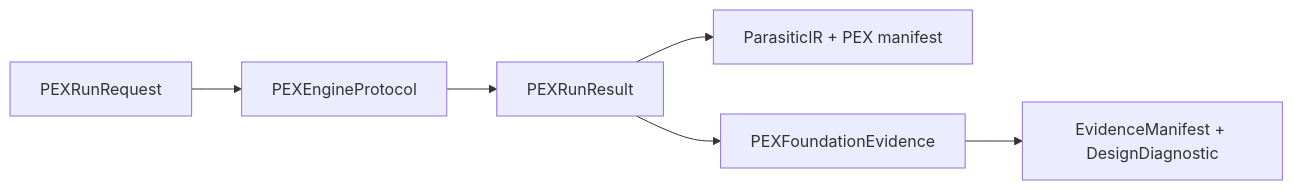
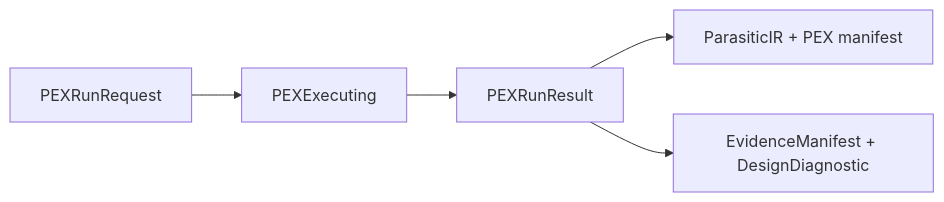
One commit to 1amageek/PEXEngine changed the diagram in README.md. Above: the diagram before and after it, drawn with Mermaid. The commit also changed other lines of this file and 41 other files, not shown here.

````diff
--- a/README.md
+++ b/README.md
@@ -11,8 +11,7 @@
 ```mermaid
 flowchart LR
-    Request["PEXRunRequest"] --> Engine["PEXEngineProtocol"]
+    Request["PEXRunRequest"] --> Engine["PEXExecuting"]
     Engine --> Result["PEXRunResult"]
     Result --> Domain["ParasiticIR + PEX manifest"]
-    Result --> Boundary["PEXFoundationEvidence"]
-    Boundary --> Foundation["EvidenceManifest + DesignDiagnostic"]
+    Result --> Foundation["EvidenceManifest + DesignDiagnostic"]
 ```
````
